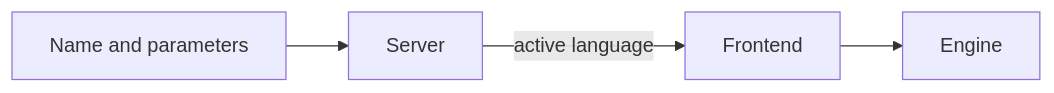
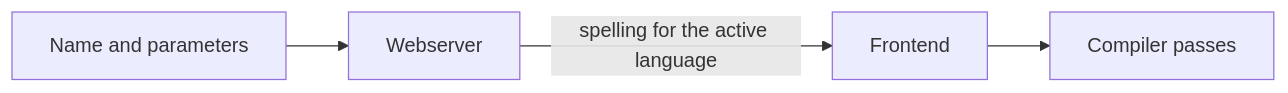
Before and after one commit to gitlabhq/orbit-knowledge-graph: the sixth of 6 diagrams in docs/pages/engineering/architecture/query-languages.md, drawn with Mermaid. The commit also changed other lines of this file and 2 other files, not shown here.

Commit message:
docs(architecture): tighten the querying pages and add the engine walkthrough

````diff
--- a/docs/pages/engineering/architecture/query-languages.md
+++ b/docs/pages/engineering/architecture/query-languages.md
@@ -116,6 +124,6 @@
 ```mermaid
 flowchart LR
-    Name[Name and parameters] --> Server
-    Server -- active language --> Frontend
-    Frontend --> Engine
+    Request[Name and parameters] --> Webserver
+    Webserver -- spelling for the active language --> Frontend
+    Frontend --> Passes[Compiler passes]
 ```
````
